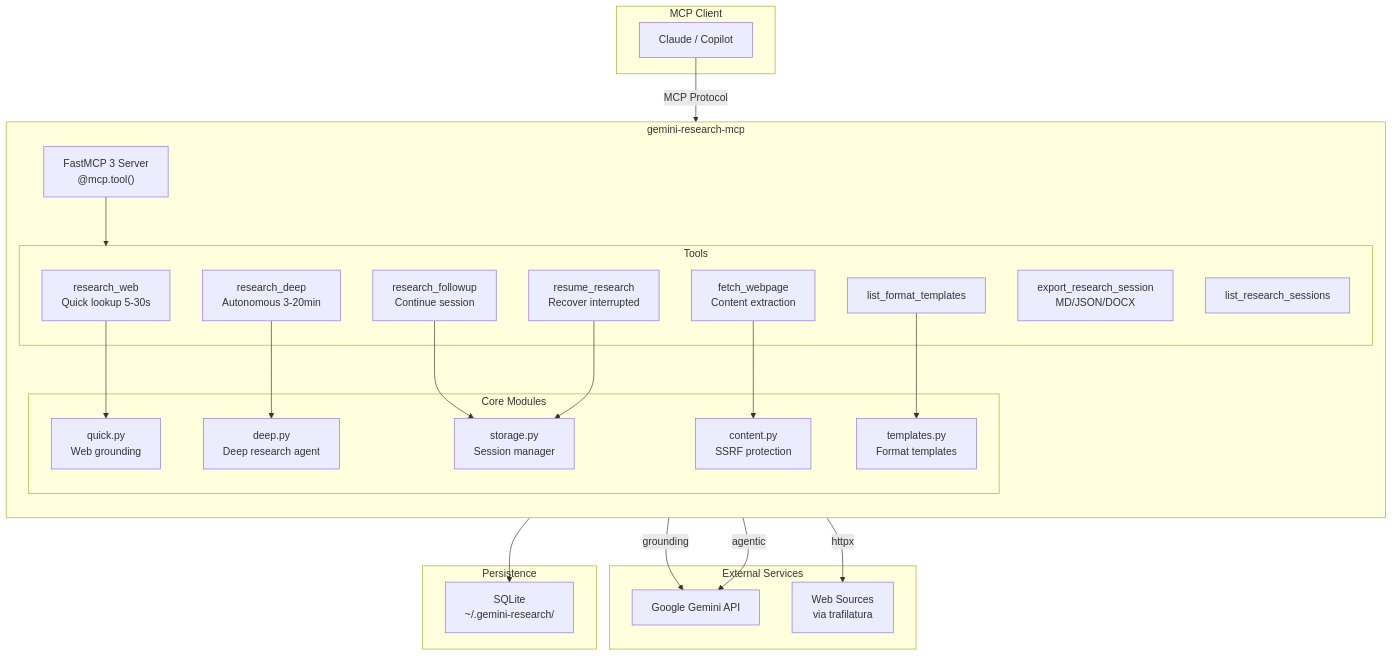
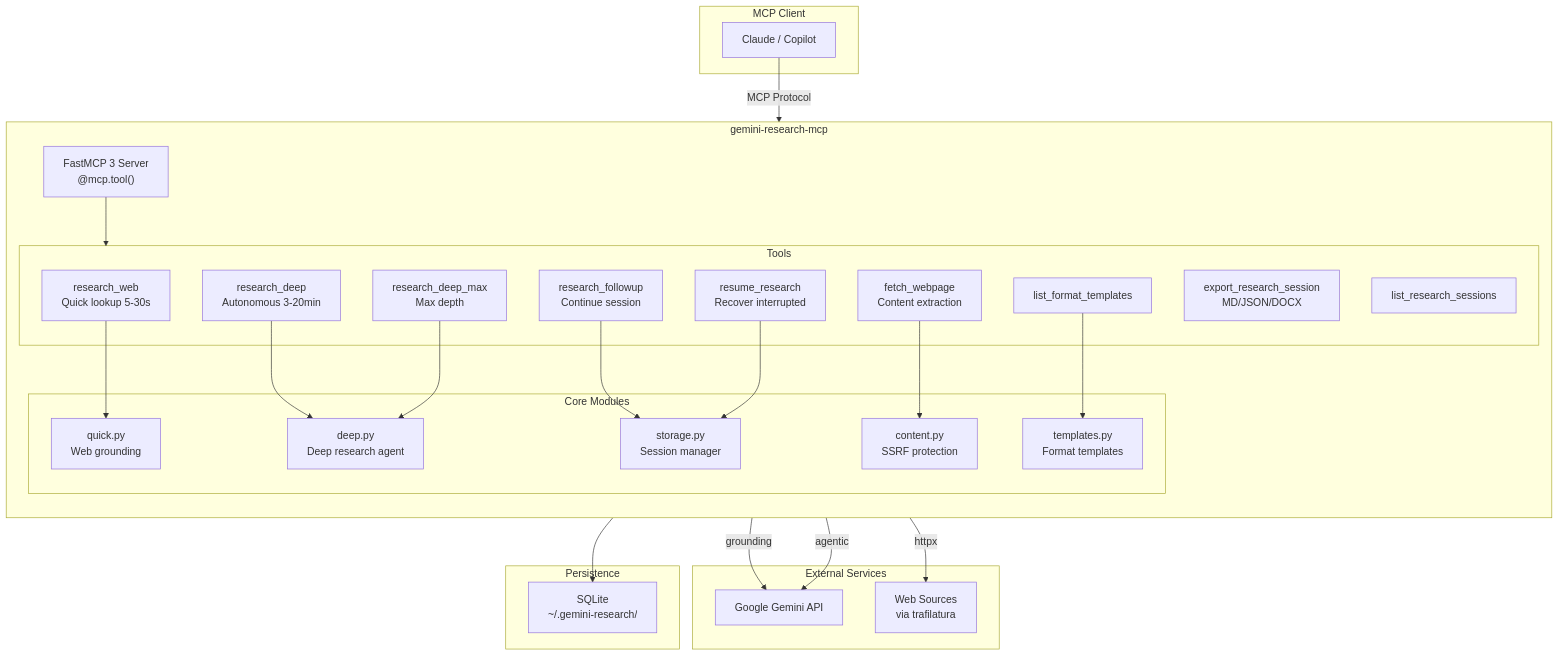
The diagram in README.md (machinemates-ai/gemini-research-mcp), drawn with Mermaid before and after one commit. The commit also changed other lines of this file and 21 other files, not shown here.

Commit message:
feat: add Deep Research Max tool

````diff
--- a/README.md
+++ b/README.md
@@ -16,54 +16,56 @@
 ```mermaid
 flowchart TB
     subgraph Client["MCP Client"]
         Claude["Claude / Copilot"]
     end
 
     subgraph Server["gemini-research-mcp"]
         direction TB
         FastMCP["FastMCP 3 Server<br/>@mcp.tool()"]
         
         subgraph Tools["Tools"]
             RW["research_web<br/>Quick lookup 5-30s"]
             RD["research_deep<br/>Autonomous 3-20min"]
+            RDM["research_deep_max<br/>Max depth"]
             RF["research_followup<br/>Continue session"]
             RR["resume_research<br/>Recover interrupted"]
             FW["fetch_webpage<br/>Content extraction"]
             EX["export_research_session<br/>MD/JSON/DOCX"]
             LS["list_research_sessions"]
             LT["list_format_templates"]
         end
 
         subgraph Modules["Core Modules"]
             Quick["quick.py<br/>Web grounding"]
             Deep["deep.py<br/>Deep research agent"]
             Content["content.py<br/>SSRF protection"]
           StorageMod["storage.py<br/>Session manager"]
             Templates["templates.py<br/>Format templates"]
         end
     end
 
     subgraph External["External Services"]
         Gemini["Google Gemini API"]
         Web["Web Sources<br/>via trafilatura"]
     end
 
     subgraph Storage["Persistence"]
         SQLite["SQLite<br/>~/.gemini-research/"]
     end
 
     Claude -->|"MCP Protocol"| FastMCP
     FastMCP --> Tools
     
     RW --> Quick
     RD --> Deep
+    RDM --> Deep
     RF --> StorageMod
     RR --> StorageMod
     FW --> Content
     LT --> Templates
     
     Quick -->|"grounding"| Gemini
     Deep -->|"agentic"| Gemini
     Content -->|"httpx"| Web
     StorageMod --> SQLite
 ```
````
